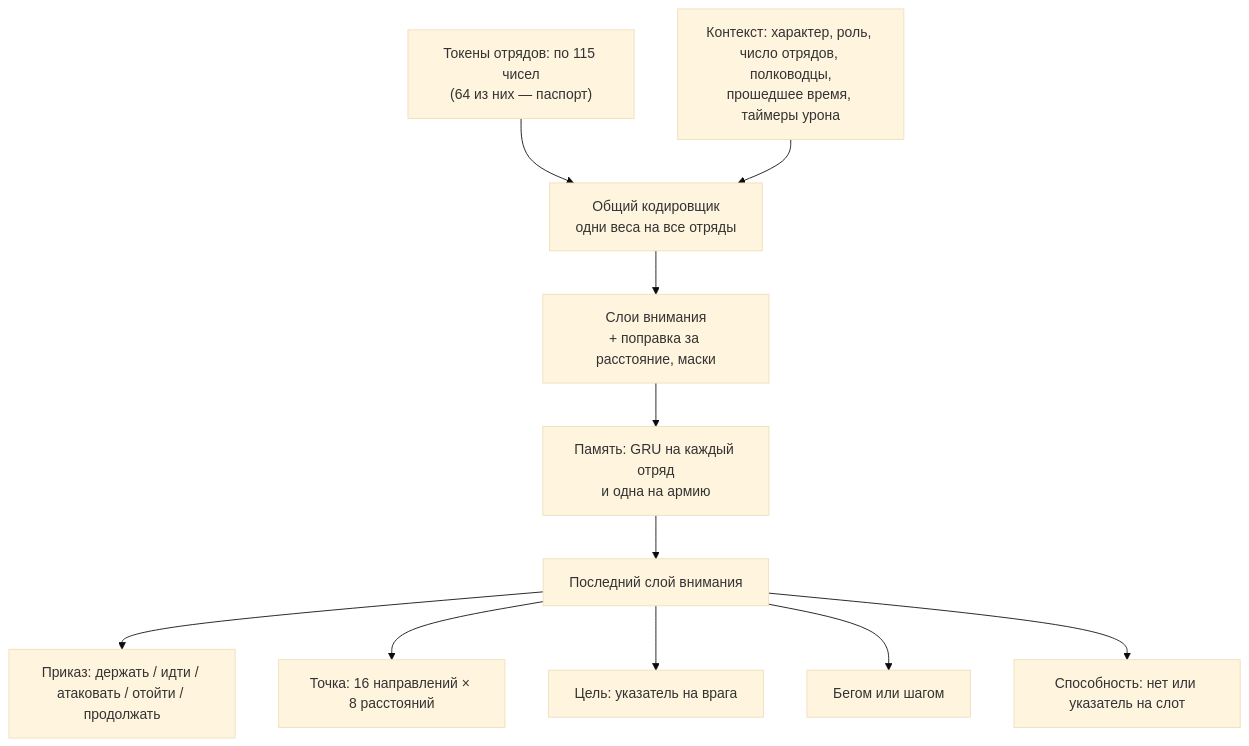
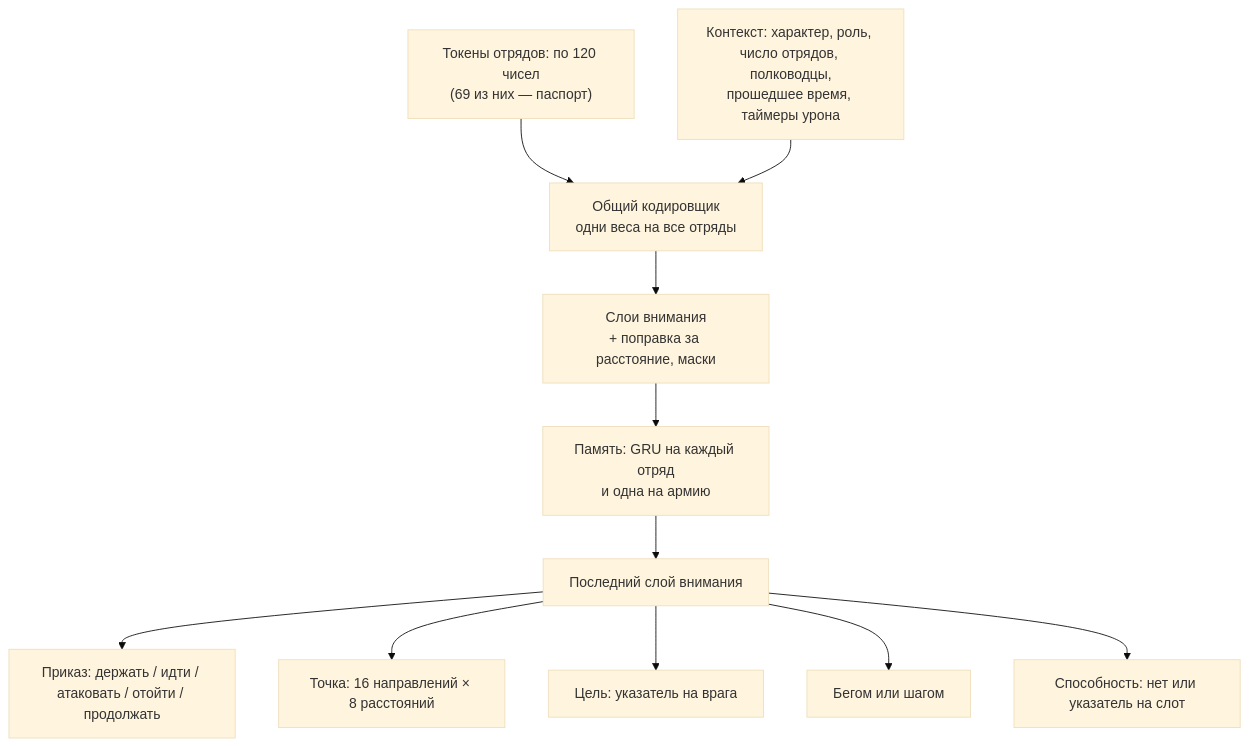
The second of 2 diagrams in docs/ru/training/model.md (DimaZero7/TWW3-batle-ai), drawn with Mermaid (base theme) before and after one commit. The commit also changed other lines of this file and 61 other files, not shown here.

````diff
--- a/docs/ru/training/model.md
+++ b/docs/ru/training/model.md
@@ -142,13 +143,13 @@
 ```mermaid
 flowchart TB
-  tok["Токены отрядов: по 115 чисел<br/>(64 из них — паспорт)"] --> enc["Общий кодировщик<br/>одни веса на все отряды"]
+  tok["Токены отрядов: по 120 чисел<br/>(69 из них — паспорт)"] --> enc["Общий кодировщик<br/>одни веса на все отряды"]
   ctx["Контекст: характер, роль, число отрядов, полководцы,<br/>прошедшее время, таймеры урона"] --> enc
   enc --> att["Слои внимания<br/>+ поправка за расстояние, маски"]
   att --> gru["Память: GRU на каждый отряд<br/>и одна на армию"]
   gru --> last["Последний слой внимания"]
   last --> kind["Приказ: держать / идти / атаковать / отойти / продолжать"]
   last --> point["Точка: 16 направлений × 8 расстояний"]
   last --> ptr["Цель: указатель на врага"]
   last --> run["Бегом или шагом"]
   last --> abil["Способность: нет или указатель на слот"]
 ```
````
